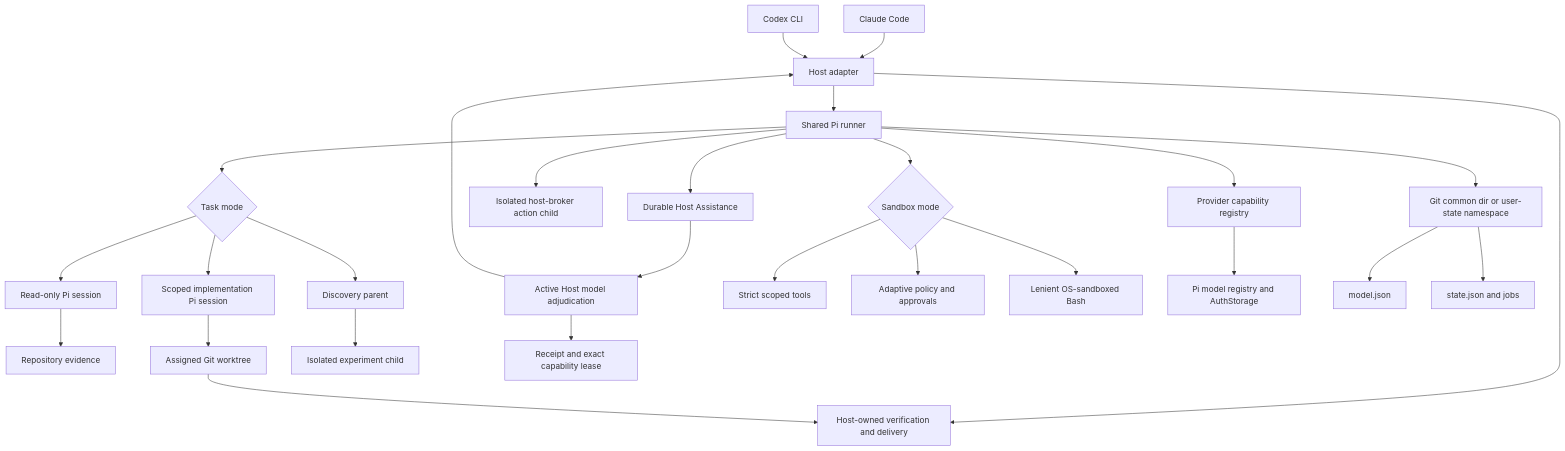
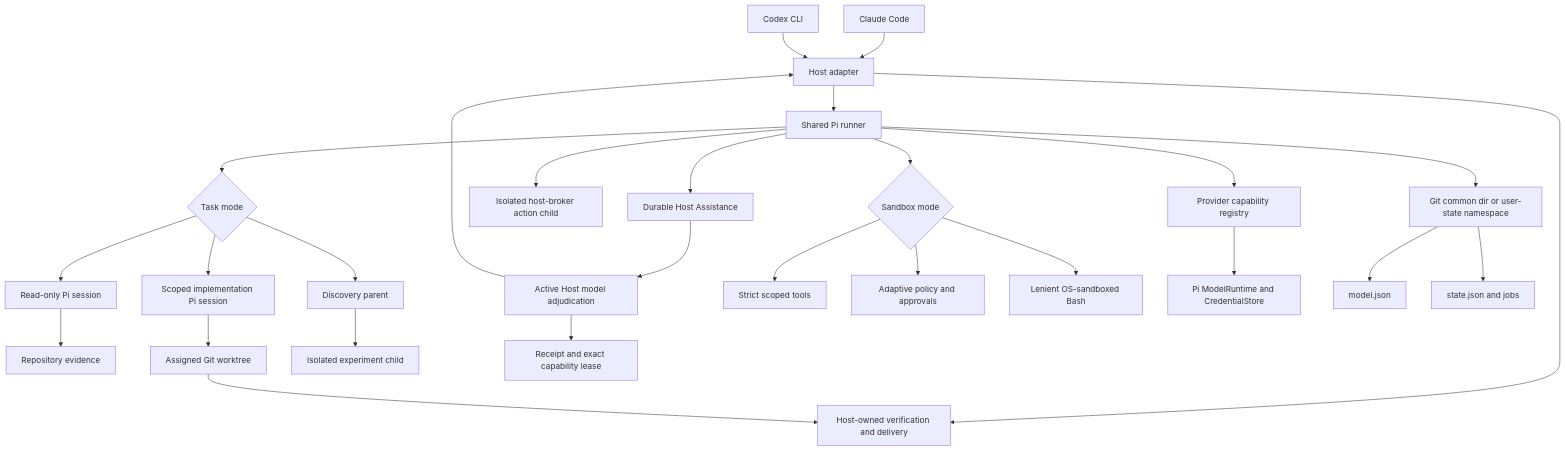
The diagram in docs/architecture.md (JiaWeiXie/swarm-pi-code-plugin), drawn with Mermaid before and after one commit. The commit also changed other lines of this file and 66 other files, not shown here.

````diff
--- a/docs/architecture.md
+++ b/docs/architecture.md
@@ -17,29 +17,29 @@
 ```mermaid
 flowchart TB
     CC[Claude Code] --> H[Host adapter]
     X[Codex CLI] --> H
     H --> R[Shared Pi runner]
     R --> Q{Task mode}
     Q --> O[Read-only Pi session]
     Q --> I[Scoped implementation Pi session]
     Q --> DS[Discovery parent]
     O --> F[Repository evidence]
     I --> W[Assigned Git worktree]
     DS --> EX[Isolated experiment child]
     R --> HA[Durable Host Assistance]
     HA --> HM[Active Host model adjudication]
     HM --> H
     HM --> RC[Receipt and exact capability lease]
     R --> AC[Isolated host-broker action child]
     R --> B{Sandbox mode}
     B --> T[Strict scoped tools]
     B --> A[Adaptive policy and approvals]
     B --> L[Lenient OS-sandboxed Bash]
     R --> D[Git common dir or user-state namespace]
     R --> CR[Provider capability registry]
-    CR --> PR[Pi model registry and AuthStorage]
+    CR --> PR[Pi ModelRuntime and CredentialStore]
     D --> MF[model.json]
     D --> S[state.json and jobs]
     H --> V[Host-owned verification and delivery]
     W --> V
 ```
````
